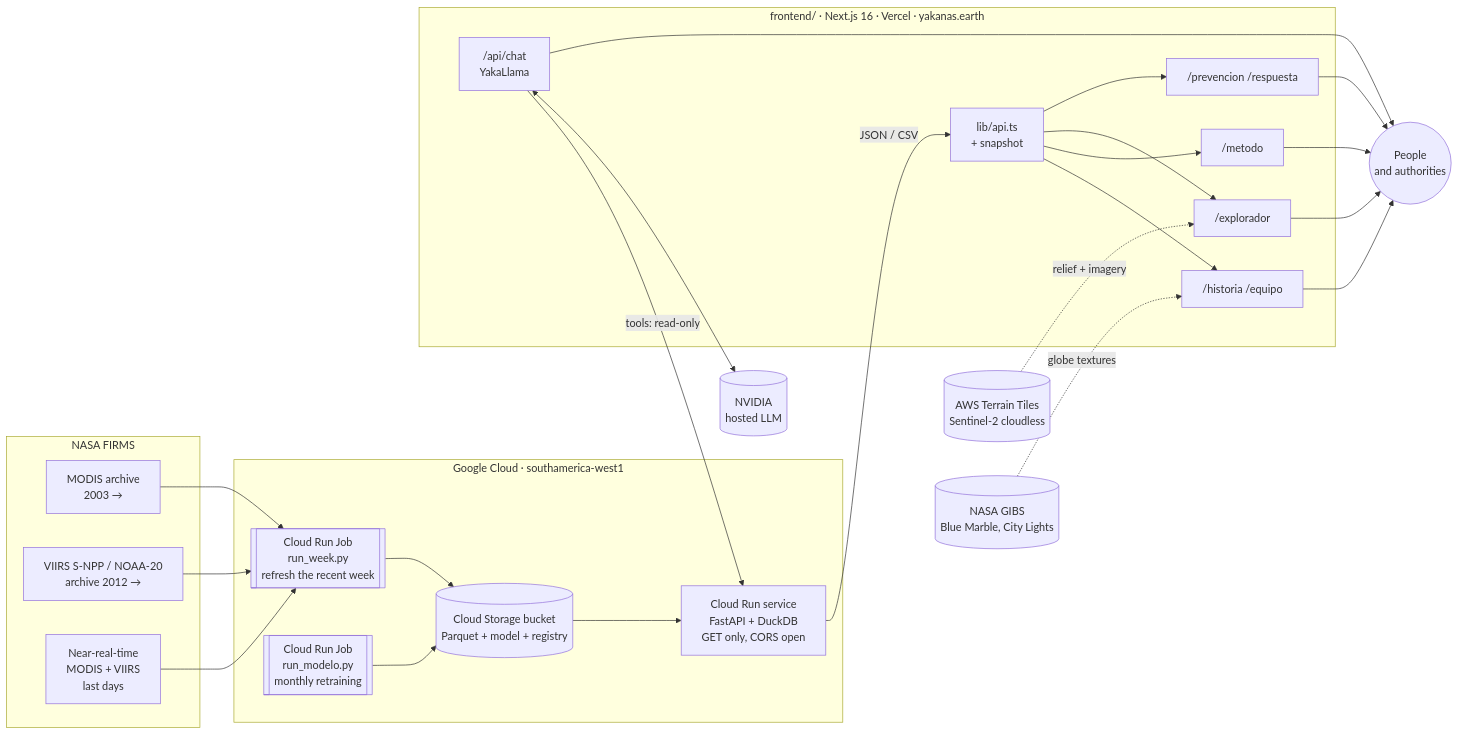
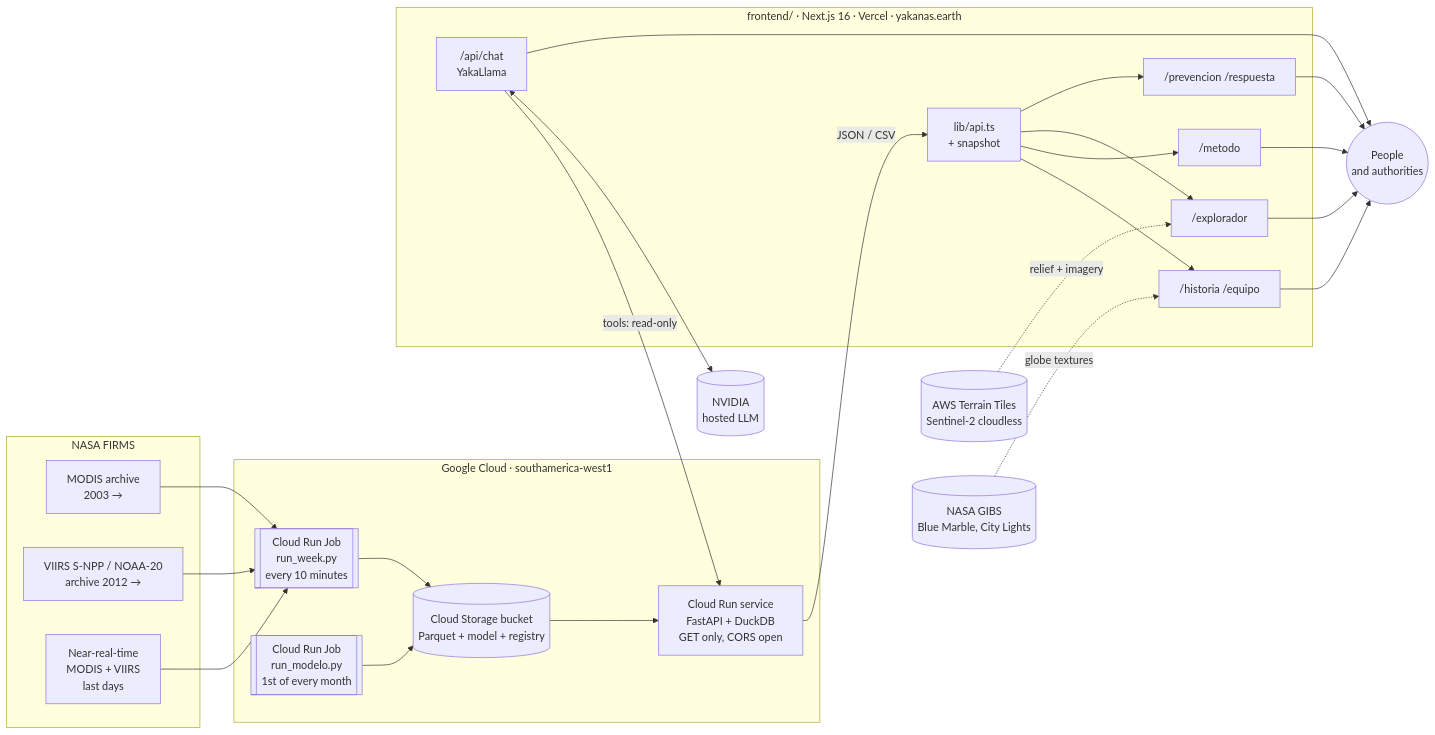
The second of 7 diagrams in README.md (SebasHuaypar/Yakanas-NASA), drawn with Mermaid before and after one commit. The commit also changed other lines of this file and 1 other file, not shown here.

First line of the commit message:
docs: horarios reales de los Cloud Run Jobs

````diff
--- a/README.md
+++ b/README.md
@@ -118,39 +118,39 @@
 ```mermaid
 flowchart LR
     subgraph NASA["NASA FIRMS"]
         A1[MODIS archive<br/>2003 →]
         A2[VIIRS S-NPP / NOAA-20<br/>archive 2012 →]
         A3[Near-real-time<br/>MODIS + VIIRS<br/>last days]
     end
 
     subgraph GCP["Google Cloud · southamerica-west1"]
-        J1[["Cloud Run Job<br/>run_week.py<br/>refresh the recent week"]]
-        J2[["Cloud Run Job<br/>run_modelo.py<br/>monthly retraining"]]
+        J1[["Cloud Run Job<br/>run_week.py<br/>every 10 minutes"]]
+        J2[["Cloud Run Job<br/>run_modelo.py<br/>1st of every month"]]
         GCS[("Cloud Storage bucket<br/>Parquet + model + registry")]
         API["Cloud Run service<br/>FastAPI + DuckDB<br/>GET only, CORS open"]
     end
 
     subgraph FE["frontend/ · Next.js 16 · Vercel · yakanas.earth"]
         C1["/historia /equipo"]
         C2["/metodo"]
         C3["/explorador"]
         C4["/prevencion /respuesta"]
         C5[lib/api.ts<br/>+ snapshot]
         BOT["/api/chat<br/>YakaLlama"]
     end
 
     NV[(NVIDIA<br/>hosted LLM)]
     U((People<br/>and authorities))
 
     A1 & A2 & A3 --> J1
     J1 --> GCS
     J2 --> GCS
     GCS --> API
     API -- JSON / CSV --> C5
     C5 --> C1 & C2 & C3 & C4
     BOT -- tools: read-only --> API
     BOT <--> NV
     C1 & C2 & C3 & C4 & BOT --> U
     AWS[(AWS Terrain Tiles<br/>Sentinel-2 cloudless)] -. relief + imagery .-> C3
     NASAG[(NASA GIBS<br/>Blue Marble, City Lights)] -. globe textures .-> C1
 ```
````
